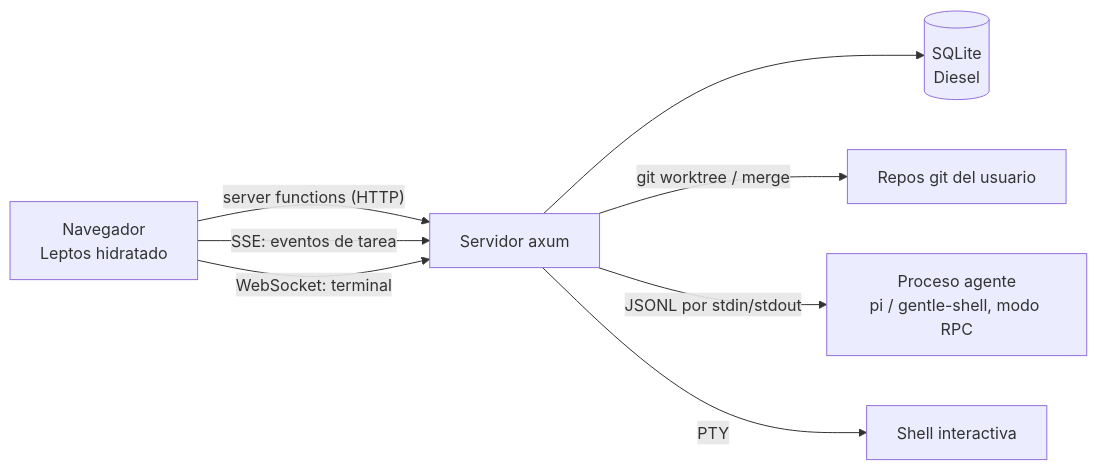
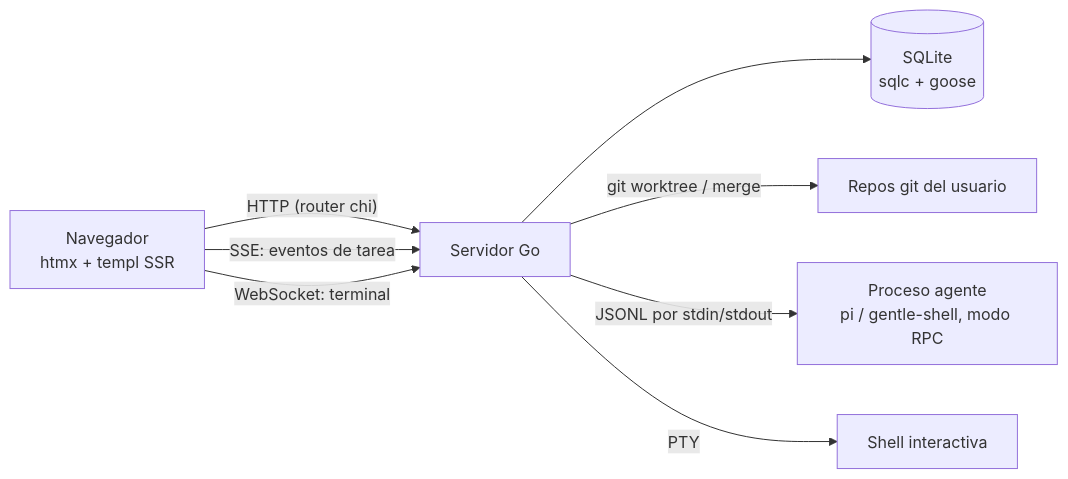
The first of 12 diagrams in ARCHITECTURE.es.md (plopezm/iworkflow), drawn with Mermaid before and after one commit. The commit also changed other lines of this file and 798 other files, not shown here.

````diff
--- a/ARCHITECTURE.es.md
+++ b/ARCHITECTURE.es.md
@@ -49,10 +49,10 @@
 ```mermaid
 flowchart LR
-    U[Navegador<br/>Leptos hidratado] -- "server functions (HTTP)" --> S[Servidor axum]
+    U[Navegador<br/>htmx + templ SSR] -- "HTTP (router chi)" --> S[Servidor Go]
     U -- "SSE: eventos de tarea" --> S
     U -- "WebSocket: terminal" --> S
-    S --> DB[(SQLite<br/>Diesel)]
+    S --> DB[(SQLite<br/>sqlc + goose)]
     S -- "git worktree / merge" --> G[Repos git del usuario]
     S -- "JSONL por stdin/stdout" --> A[Proceso agente<br/>pi / gentle-shell, modo RPC]
     S -- "PTY" --> T[Shell interactiva]
 ```
````
